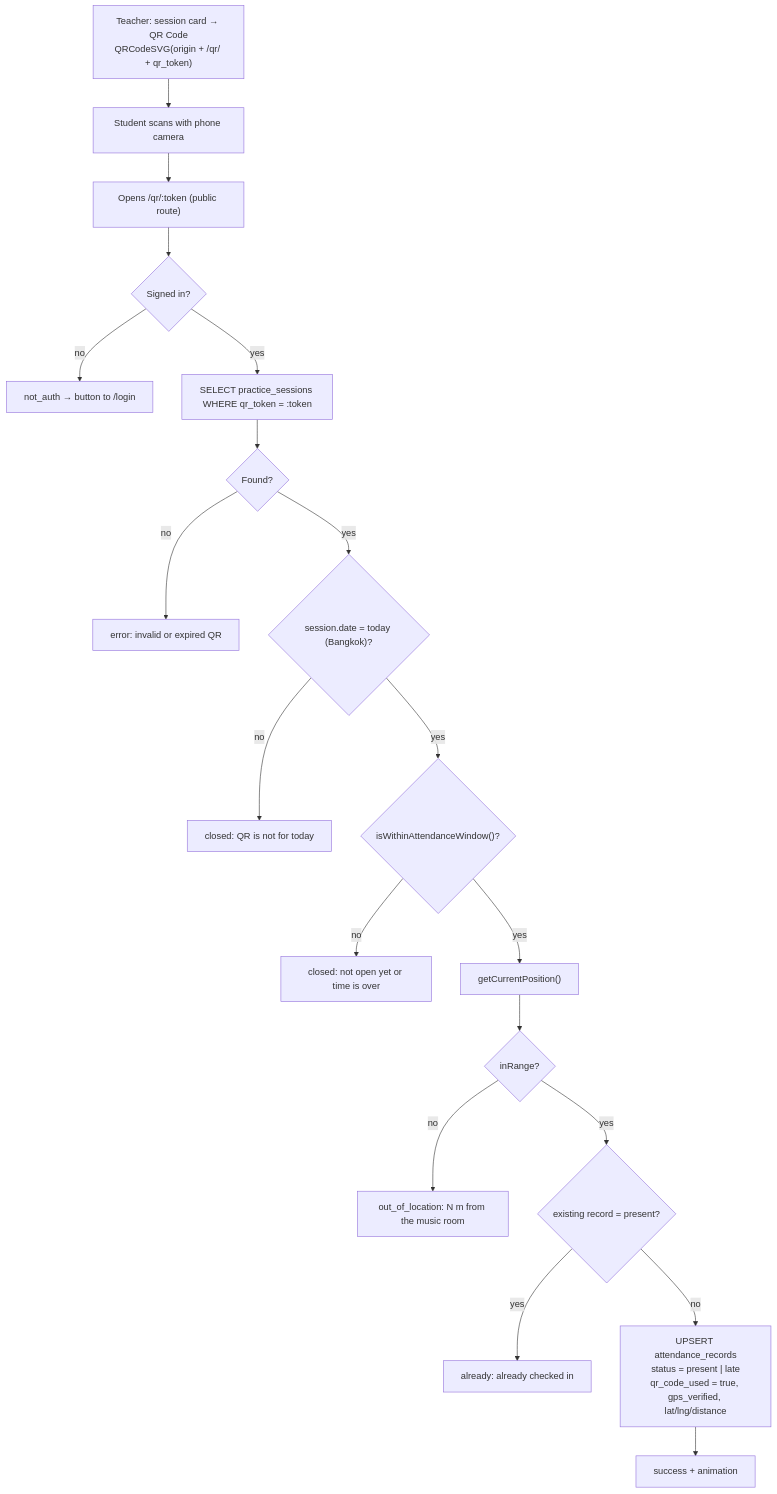
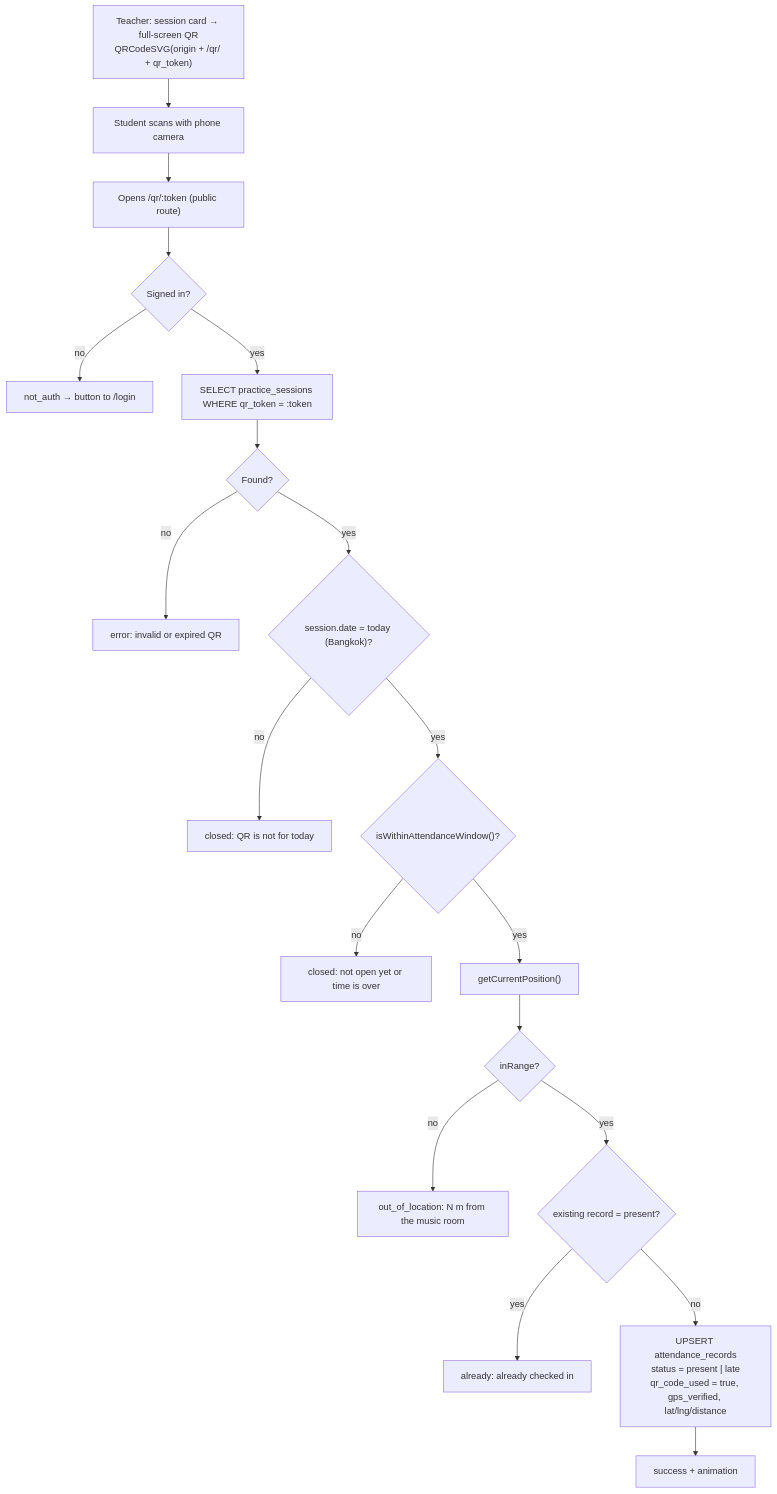
Before and after one commit to wachirawitraksa/marching-band-attendance: the sixth of 15 diagrams in README.md, drawn with Mermaid. The commit also changed other lines of this file and 1 other file, not shown here.

````diff
--- a/README.md
+++ b/README.md
@@ -313,21 +334,21 @@
 ```mermaid
 flowchart TD
-    T["Teacher: session card → QR Code<br/>QRCodeSVG(origin + /qr/ + qr_token)"] --> Scan["Student scans with phone camera"]
+    T["Teacher: session card → full-screen QR<br/>QRCodeSVG(origin + /qr/ + qr_token)"] --> Scan["Student scans with phone camera"]
     Scan --> Open["Opens /qr/:token (public route)"]
     Open --> Auth{"Signed in?"}
     Auth -- no --> NA["not_auth → button to /login"]
     Auth -- yes --> Find["SELECT practice_sessions WHERE qr_token = :token"]
     Find --> F{"Found?"}
     F -- no --> E1["error: invalid or expired QR"]
     F -- yes --> Today{"session.date = today (Bangkok)?"}
     Today -- no --> E2["closed: QR is not for today"]
     Today -- yes --> Win{"isWithinAttendanceWindow()?"}
     Win -- no --> E3["closed: not open yet or time is over"]
     Win -- yes --> GPS["getCurrentPosition()"]
     GPS --> R{"inRange?"}
     R -- no --> E4["out_of_location: N m from the music room"]
     R -- yes --> Ex{"existing record = present?"}
     Ex -- yes --> E5["already: already checked in"]
     Ex -- no --> Up["UPSERT attendance_records<br/>status = present | late<br/>qr_code_used = true, gps_verified, lat/lng/distance"]
     Up --> OK["success + animation"]
 ```
````
